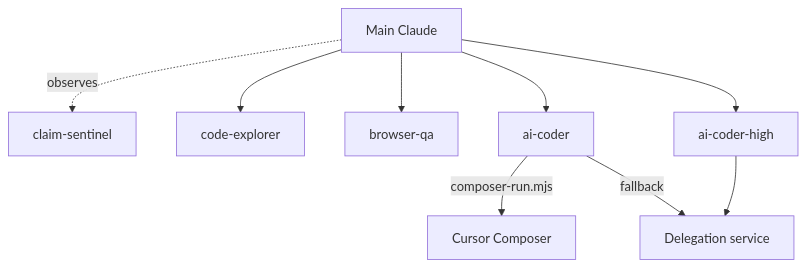
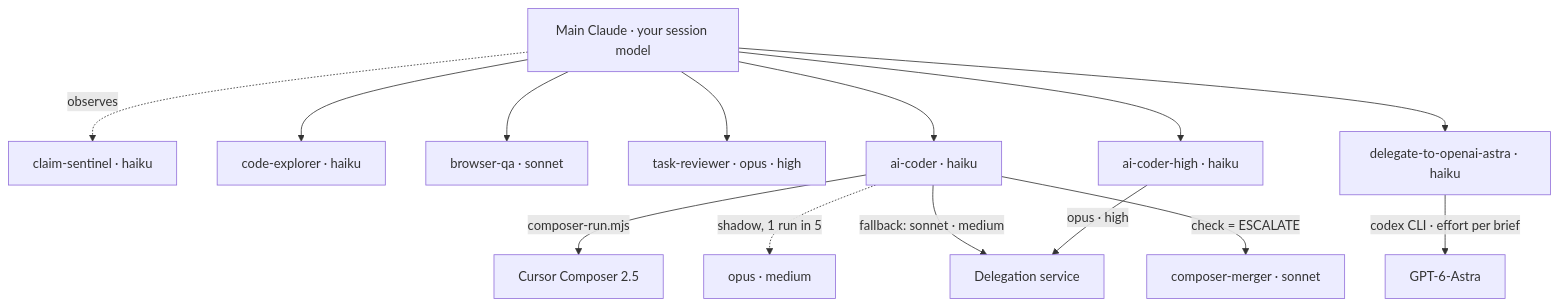
One commit to gmorel/efficient-claude-harness changed the diagram in README.md. Above: the diagram before and after it, drawn with Mermaid. The commit also changed other lines of this file, not shown here.

Commit message:
Show model and effort on every lane in the README diagram
Each box now reads agent · model · effort, and each arrow names the engine and effort that does the real work behind the thin haiku wrappers.
Adds task-reviewer, composer-merger, the shadow run and the Astra lane, which the first diagram left out.

````diff
--- a/README.md
+++ b/README.md
@@ -6,11 +6,16 @@
 ```mermaid
 flowchart TD
-  M["Main Claude"] -. observes .-> S["claim-sentinel"]
-  M --> E["code-explorer"]
-  M --> B["browser-qa"]
-  M --> A["ai-coder"]
-  M --> H["ai-coder-high"]
-  A -->|"composer-run.mjs"| C["Cursor Composer"]
-  A -->|"fallback"| D["Delegation service"]
-  H --> D
+  M["Main Claude · your session model"] -. observes .-> S["claim-sentinel · haiku"]
+  M --> E["code-explorer · haiku"]
+  M --> B["browser-qa · sonnet"]
+  M --> R["task-reviewer · opus · high"]
+  M --> A["ai-coder · haiku"]
+  M --> H["ai-coder-high · haiku"]
+  M --> X["delegate-to-openai-astra · haiku"]
+  A -->|"composer-run.mjs"| C["Cursor Composer 2.5"]
+  A -.->|"shadow, 1 run in 5"| SH["opus · medium"]
+  A -->|"fallback: sonnet · medium"| D["Delegation service"]
+  A -->|"check = ESCALATE"| G["composer-merger · sonnet"]
+  H -->|"opus · high"| D
+  X -->|"codex CLI · effort per brief"| O["GPT-6-Astra"]
 ```
````
